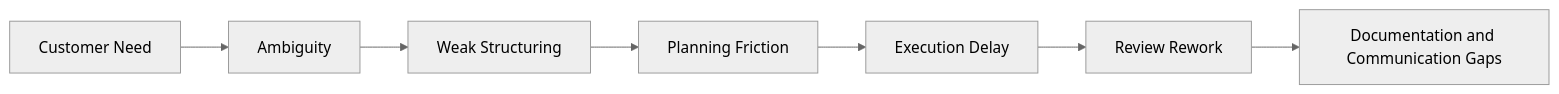
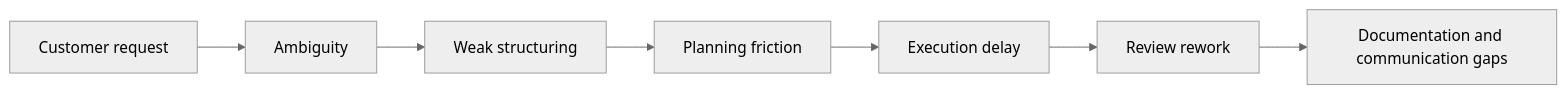
The third of 12 diagrams in creolytix-ai-delivery-operating-model.md (refat-asadullah-creolytix-dev/refat-asadullah-creolytix-dev), drawn with Mermaid (neutral theme) before and after one commit. The commit also changed other lines of this file, not shown here.

````diff
--- a/creolytix-ai-delivery-operating-model.md
+++ b/creolytix-ai-delivery-operating-model.md
@@ -78,9 +82,9 @@
 ```mermaid
 flowchart LR
-    A[Customer Need] --> B[Ambiguity]
-    B --> C[Weak Structuring]
-    C --> D[Planning Friction]
-    D --> E[Execution Delay]
-    E --> F[Review Rework]
-    F --> G[Documentation and Communication Gaps]
+    A[Customer request] --> B[Ambiguity]
+    B --> C[Weak structuring]
+    C --> D[Planning friction]
+    D --> E[Execution delay]
+    E --> F[Review rework]
+    F --> G[Documentation and communication gaps]
 ```
````
